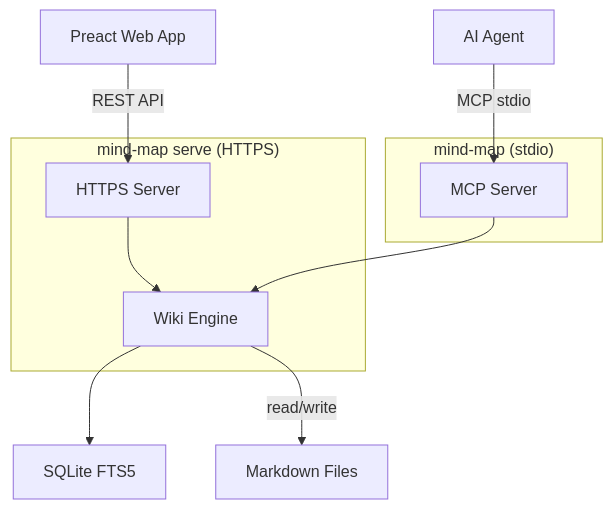
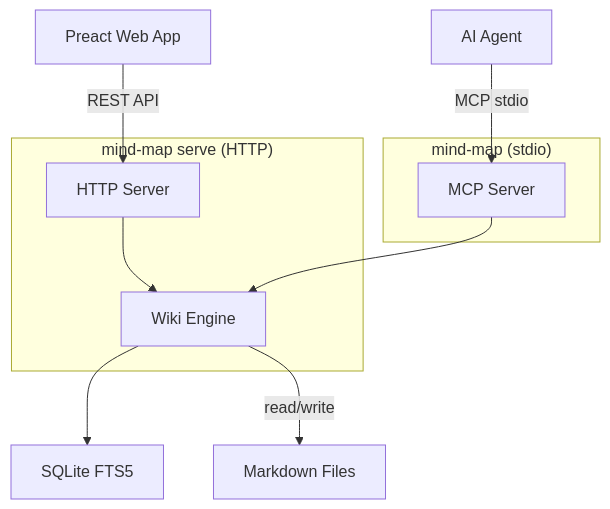
The diagram in README.md (aniongithub/mind-map), drawn with Mermaid before and after one commit. The commit also changed other lines of this file and 10 other files, not shown here.

First line of the commit message:
simplify: remove TLS and hosts file, serve plain HTTP on port 4242

````diff
--- a/README.md
+++ b/README.md
@@ -61,16 +59,16 @@
 ```mermaid
 graph TD
     A[Preact Web App] -->|REST API| B
     C[AI Agent] -->|MCP stdio| D
 
-    subgraph "mind-map serve (HTTPS)"
-        B[HTTPS Server] --> E[Wiki Engine]
+    subgraph "mind-map serve (HTTP)"
+        B[HTTP Server] --> E[Wiki Engine]
     end
 
     subgraph "mind-map (stdio)"
         D[MCP Server] --> E
     end
 
     E --> F[SQLite FTS5]
     E -->|read/write| G[Markdown Files]
 ```
````
